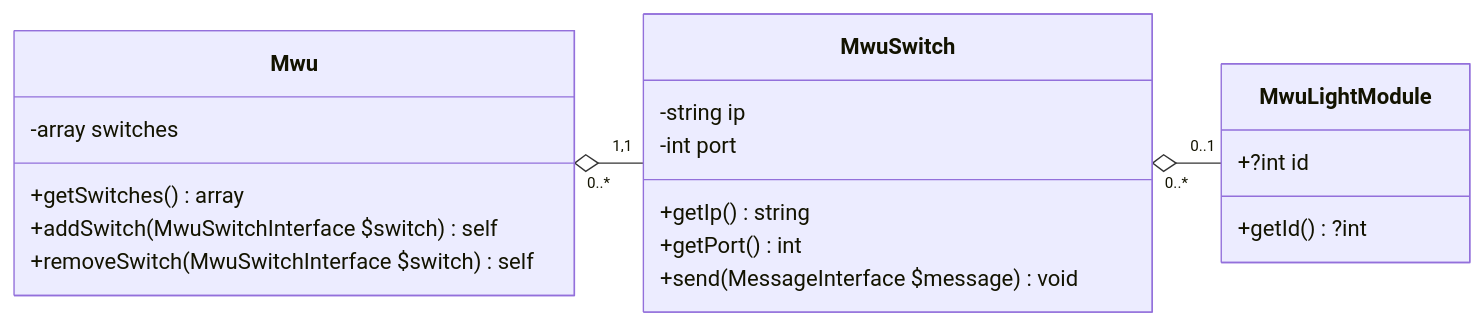
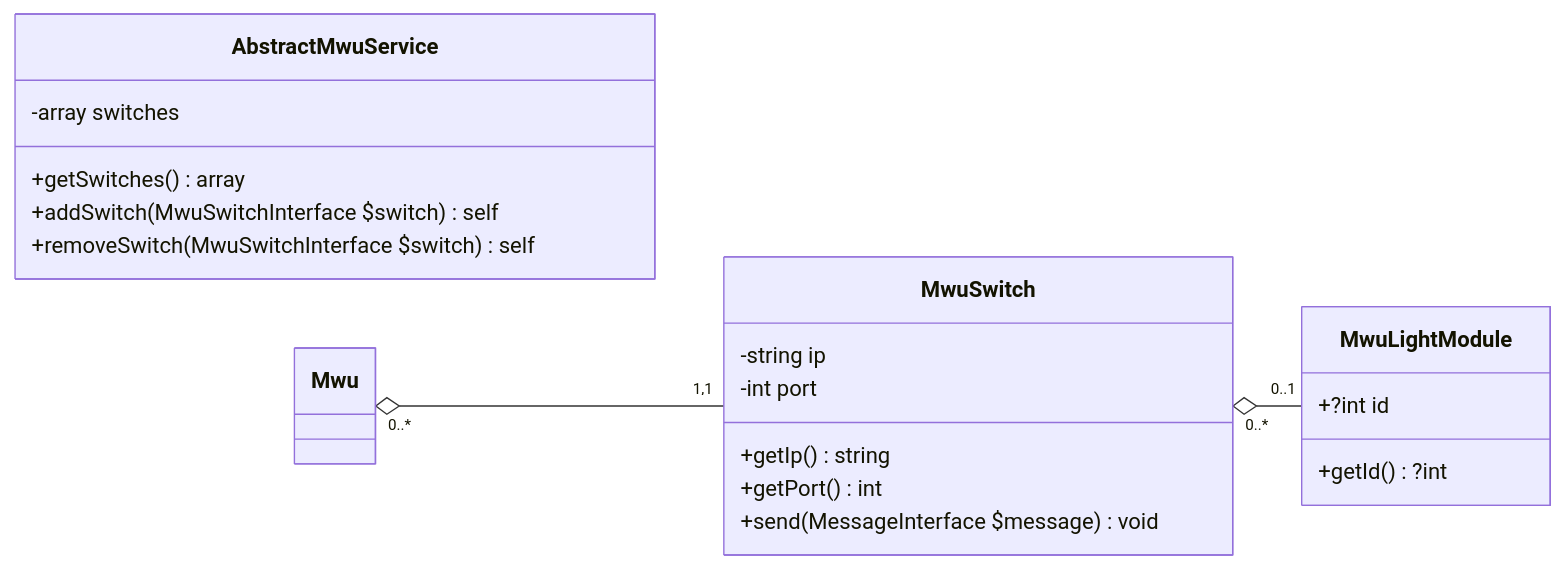
Before and after one commit to Rossel-Applications/mwu-sdk: the diagram in README.md, drawn with Mermaid. The commit also changed other lines of this file and 42 other files, not shown here.

````diff
--- a/README.md
+++ b/README.md
@@ -80,25 +29,25 @@
 ```mermaid
 classDiagram
     direction LR
-    class Mwu {
+    class AbstractMwuService {
         -array switches
         +getSwitches() array
         +addSwitch(MwuSwitchInterface $switch) self
         +removeSwitch(MwuSwitchInterface $switch) self
     }
     class MwuSwitch {
         -string ip
         -int port
         +getIp() string
         +getPort() int
         +send(MessageInterface $message) void
     }
     class MwuLightModule {
         +?int id
         +getId() ?int
     }
     
     Mwu "0..*" o-- "1,1" MwuSwitch
     MwuSwitch "0..*" o-- "0..1" MwuLightModule
     ```
 ```
````
